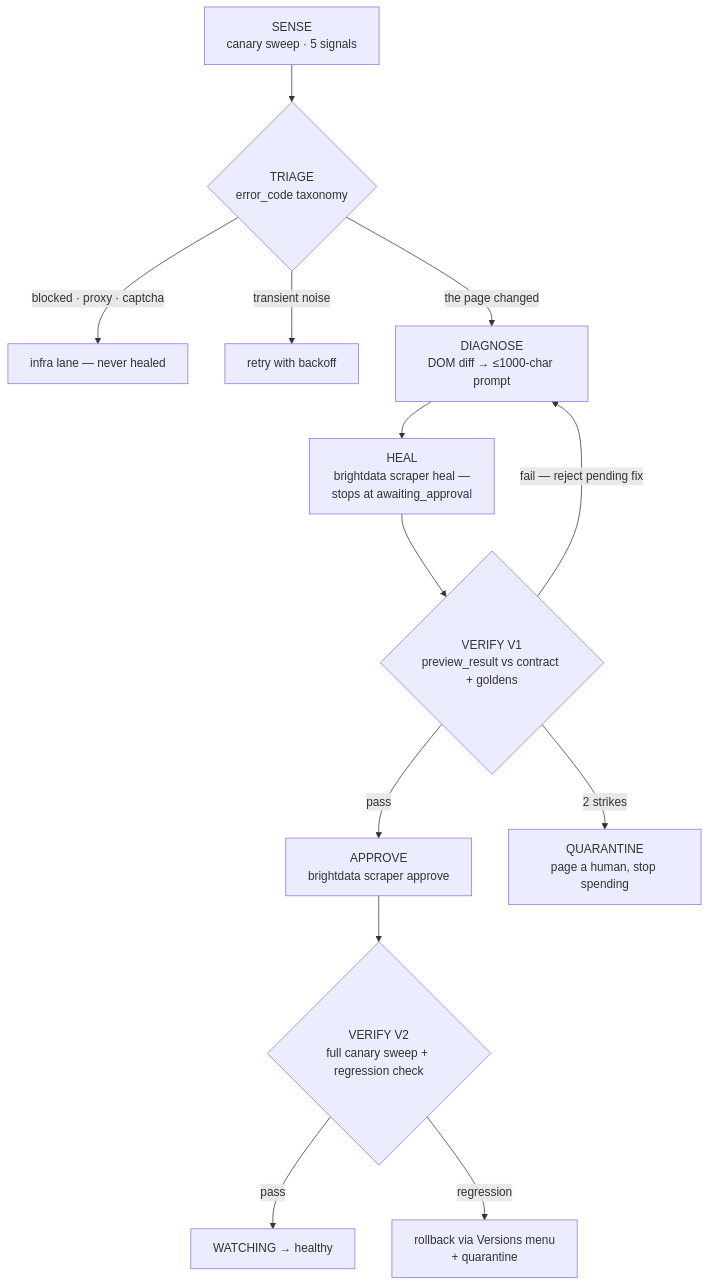
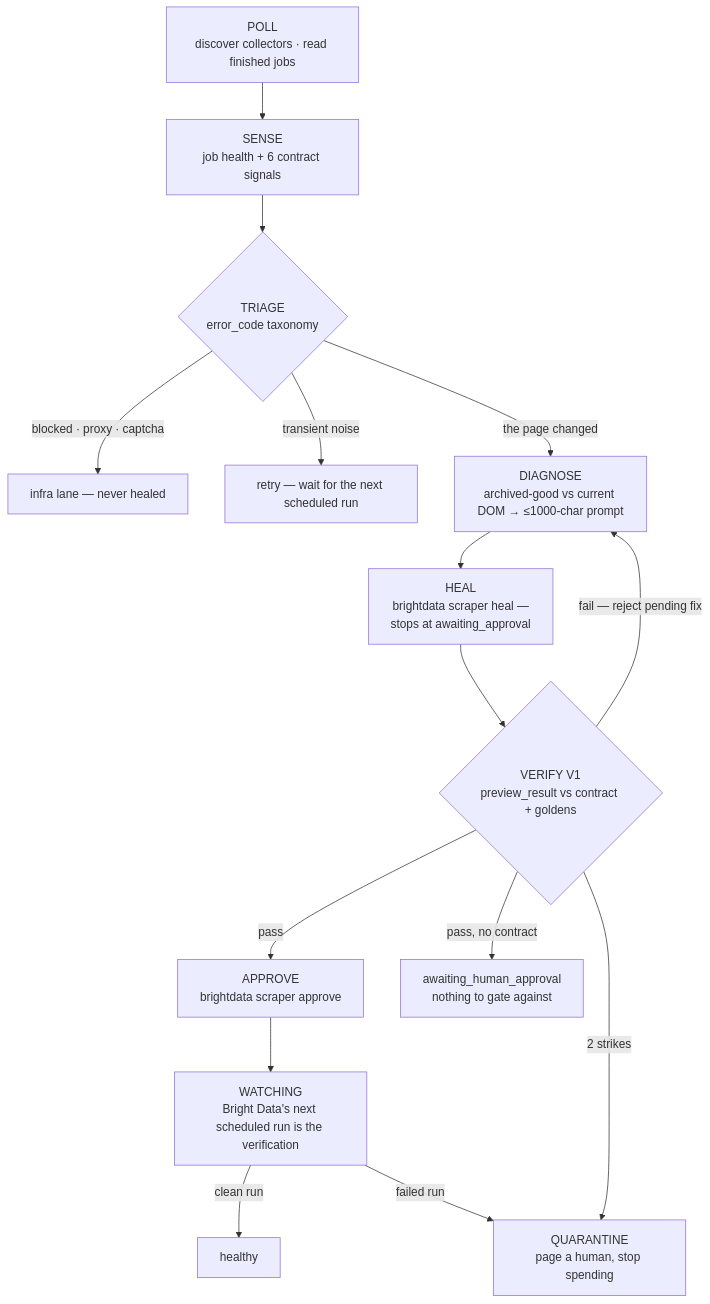
The diagram in README.md (YellowFoxH4XOR/anansi), drawn with Mermaid before and after one commit. The commit also changed other lines of this file and 8 other files, not shown here.

````diff
--- a/README.md
+++ b/README.md
@@ -33,15 +39,17 @@
 ```mermaid
 flowchart TD
-    S["SENSE<br/>canary sweep · 5 signals"] --> T{"TRIAGE<br/>error_code taxonomy"}
+    P["POLL<br/>discover collectors · read finished jobs"] --> S["SENSE<br/>job health + 6 contract signals"]
+    S --> T{"TRIAGE<br/>error_code taxonomy"}
     T -->|"blocked · proxy · captcha"| I["infra lane — never healed"]
-    T -->|"transient noise"| R["retry with backoff"]
-    T -->|"the page changed"| D["DIAGNOSE<br/>DOM diff → ≤1000-char prompt"]
+    T -->|"transient noise"| R["retry — wait for the next scheduled run"]
+    T -->|"the page changed"| D["DIAGNOSE<br/>archived-good vs current DOM → ≤1000-char prompt"]
     D --> H["HEAL<br/>brightdata scraper heal —<br/>stops at awaiting_approval"]
     H --> V1{"VERIFY V1<br/>preview_result vs contract + goldens"}
     V1 -->|"pass"| A["APPROVE<br/>brightdata scraper approve"]
+    V1 -->|"pass, no contract"| HU["awaiting_human_approval<br/>nothing to gate against"]
     V1 -->|"fail — reject pending fix"| D
     V1 -->|"2 strikes"| Q["QUARANTINE<br/>page a human, stop spending"]
-    A --> V2{"VERIFY V2<br/>full canary sweep + regression check"}
-    V2 -->|"pass"| W["WATCHING → healthy"]
-    V2 -->|"regression"| RB["rollback via Versions menu<br/>+ quarantine"]
+    A --> W["WATCHING<br/>Bright Data's next scheduled run is the verification"]
+    W -->|"clean run"| OK["healthy"]
+    W -->|"failed run"| Q
 ```
````
